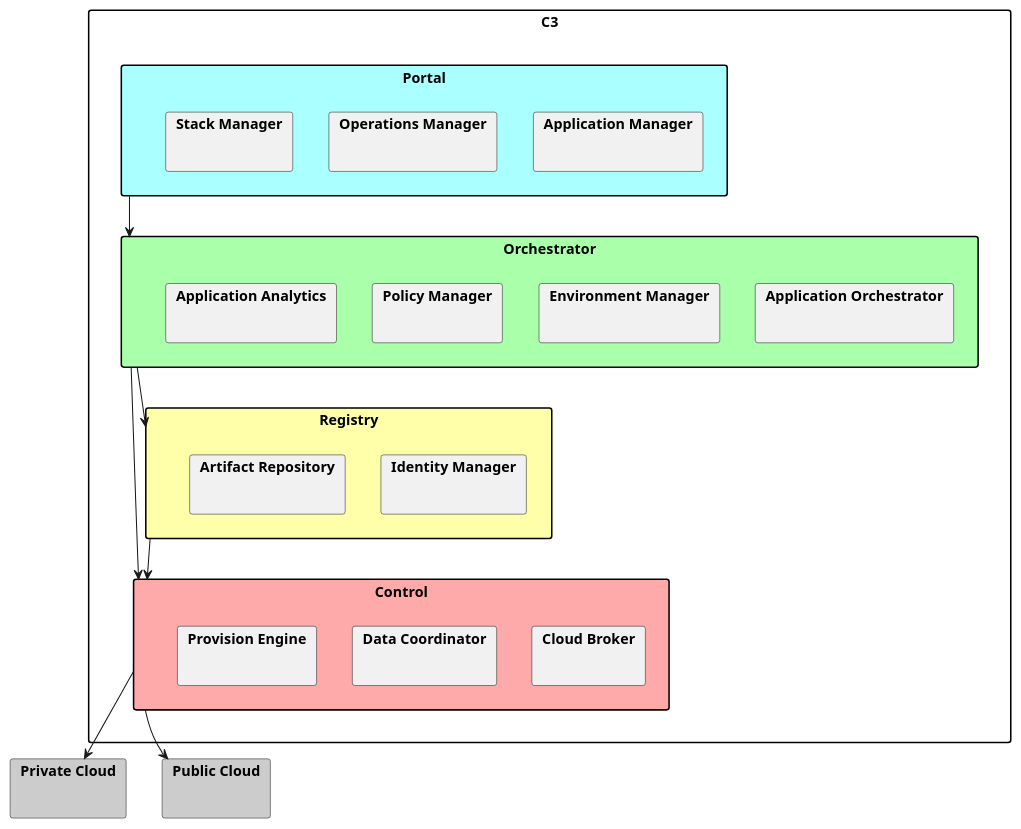
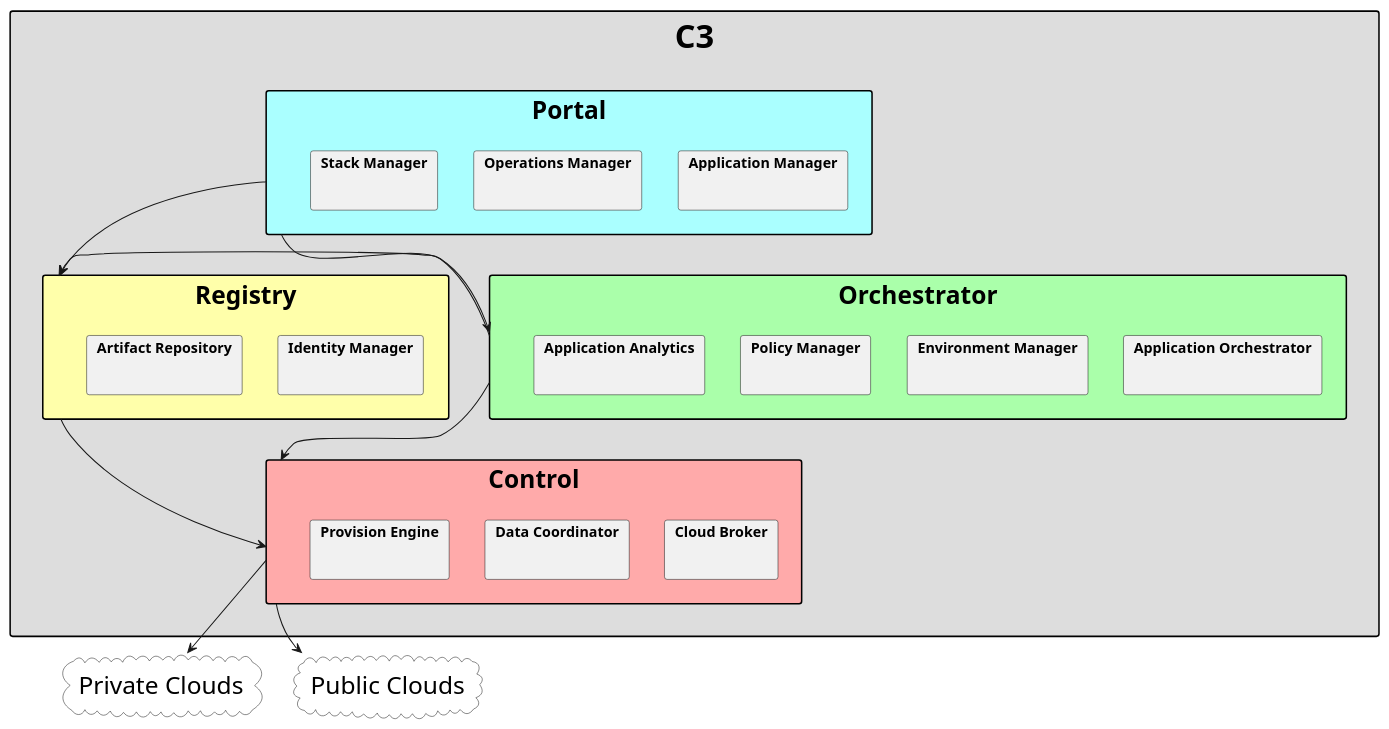
One commit to CAADE/C3 changed the diagram in docs/Architecture.puml. Above: the diagram before and after it, drawn with PlantUML. The commit also changed 192 other files, not shown here.

```diff
--- a/docs/Architecture.puml
+++ b/docs/Architecture.puml
@@ -1,44 +1,44 @@
 @startuml
 
 skinparam packageStyle rect
 
-package C3 {
-package "Portal" #aaffff {
-    package "Application Manager" { }
-    package "Operations Manager" { }
-    package "Stack Manager" { }
-}
-package "Orchestrator" #aaffaa {
-    package "Application Orchestrator" { }
-    package "Environment Manager" { }
-    package "Policy Manager" { }
-    package "Application Analytics" { }
-}
-package "Registry" #ffffaa {
-    package "Identity Manager" { }
-    package "Artifact Repository" { }
+package <size:32>C3</size> #dddddd {
+    package "<size:24>Portal</size>" as P #aaffff {
+        package "Application Manager" { }
+        package "Operations Manager" { }
+        package "Stack Manager" { }
+    }
+    package "<size:24>Orchestrator</size>" as O #aaffaa {
+        package "Application Orchestrator" { }
+        package "Environment Manager" { }
+        package "Policy Manager" { }
+        package "Application Analytics" { }
+    }
+    package "<size:24>Registry</size>" as R #ffffaa {
+        package "Identity Manager" { }
+        package "Artifact Repository" { }
+    }
+
+    package "<size:24>Control</size>" as C #ffaaaa {
+        package "Cloud Broker" { }
+        package "Data Coordinator" { }
+        package "Provision Engine" { }
+    }
 }
 
-package "Control" #ffaaaa {
-    package "Cloud Broker" { }
-    package "Data Coordinator" { }
-    package "Provision Engine" { }
-}
+cloud "<size:24>Private Clouds</size>" as Private #ffffff {
 }
 
-package "Private Cloud" #cccccc {
+cloud "<size:24>Public Clouds</size>" as Public #ffffff {
 }
 
-package "Public Cloud"  #cccccc {
-}
+P --> O
+P -> R
+O -> R
+R --> C
+O --> C
 
-
-Portal --> Orchestrator
-Orchestrator --> Registry
-Registry --> Control
-Orchestrator -> Control
-
-Control --> "Private Cloud"
-Control --> "Public Cloud"
+C --> Private
+C --> Public
 
 @enduml
```
